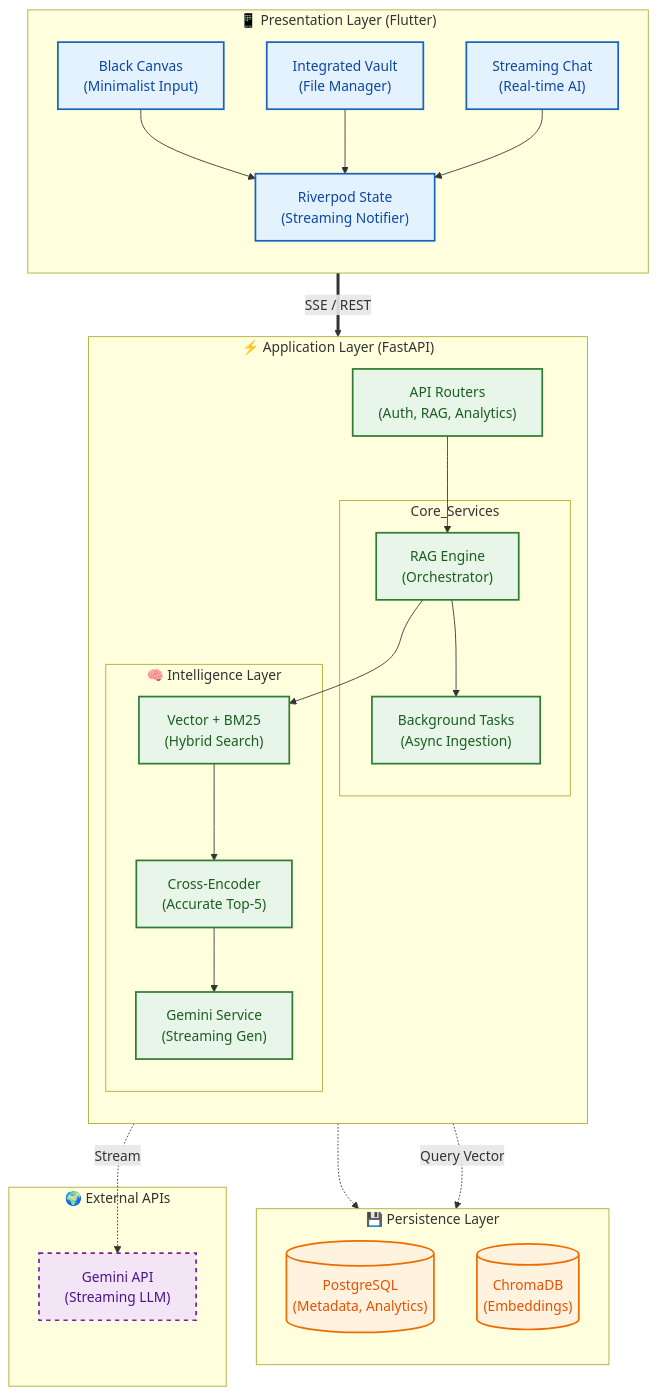
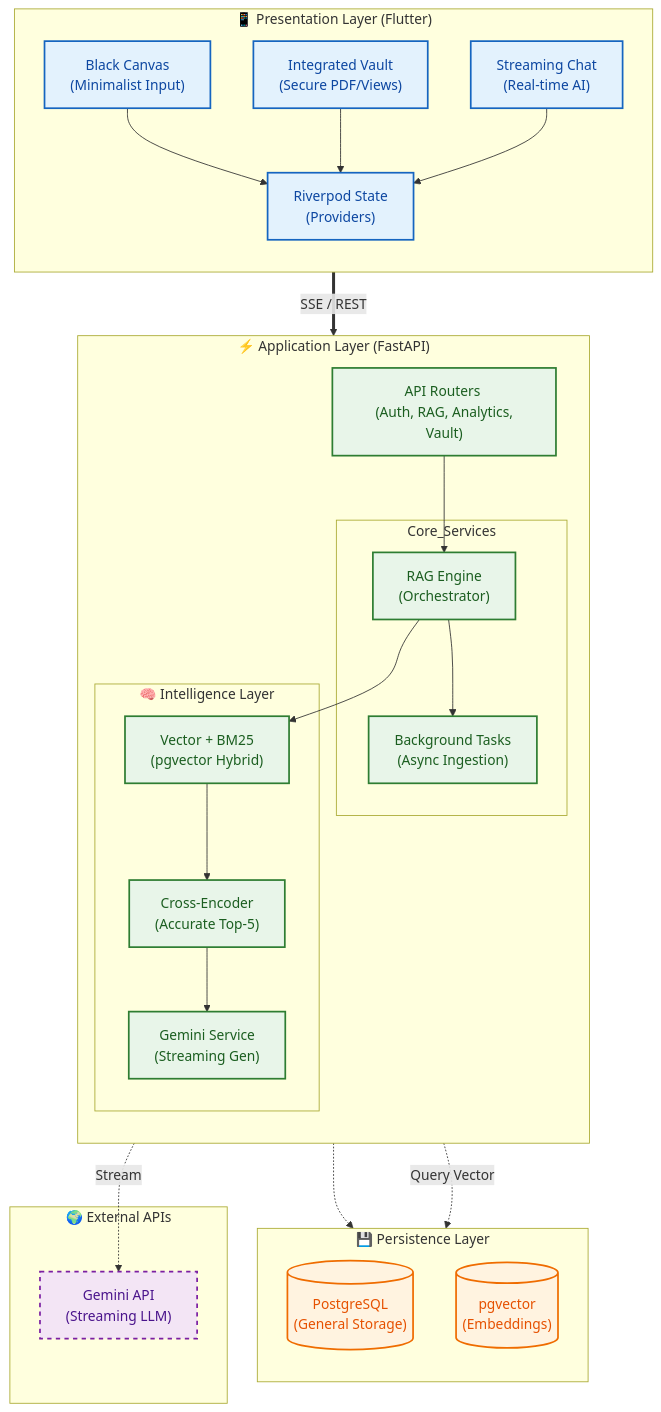
One commit to siddhant-debug/brain-dump changed the diagram in documentation/systemdesign.md. Above: the diagram before and after it, drawn with Mermaid. The commit also changed other lines of this file and 2 other files, not shown here.

````diff
--- a/documentation/systemdesign.md
+++ b/documentation/systemdesign.md
@@ -21,57 +21,57 @@
 ```mermaid
 graph TD
     %% --- STYLING ---
     classDef client fill:#E3F2FD,stroke:#1565C0,stroke-width:2px,color:#0D47A1;
     classDef server fill:#E8F5E9,stroke:#2E7D32,stroke-width:2px,color:#1B5E20;
     classDef data fill:#FFF3E0,stroke:#EF6C00,stroke-width:2px,color:#E65100;
     classDef ext fill:#F3E5F5,stroke:#7B1FA2,stroke-width:2px,color:#4A148C,stroke-dasharray: 5 5;
 
     %% --- TIER 1: CLIENT (FLUTTER) ---
     subgraph Client_Layer ["📱 Presentation Layer (Flutter)"]
         direction TB
         UI_Input["Black Canvas <br> (Minimalist Input)"]:::client
-        UI_Vault["Integrated Vault <br> (File Manager)"]:::client
+        UI_Vault["Integrated Vault <br> (Secure PDF/Views)"]:::client
         UI_Stream["Streaming Chat <br> (Real-time AI)"]:::client
-        State_Mgmt["Riverpod State <br> (Streaming Notifier)"]:::client
+        State_Mgmt["Riverpod State <br> (Providers)"]:::client
         UI_Input & UI_Vault & UI_Stream --> State_Mgmt
     end
 
     %% --- TIER 2: SERVER (FASTAPI) ---
     subgraph Server_Layer ["⚡ Application Layer (FastAPI)"]
         direction TB
-        API_Gateway["API Routers <br> (Auth, RAG, Analytics)"]:::server
+        API_Gateway["API Routers <br> (Auth, RAG, Analytics, Vault)"]:::server
         
         subgraph Core_Services
             Brain_Svc["RAG Engine <br> (Orchestrator)"]:::server
             Bkg_Tasks["Background Tasks <br> (Async Ingestion)"]:::server
         end
         
         subgraph AI_Services ["🧠 Intelligence Layer"]
-            Retriever["Vector + BM25 <br> (Hybrid Search)"]:::server
+            Retriever["Vector + BM25 <br> (pgvector Hybrid)"]:::server
             Reranker["Cross-Encoder <br> (Accurate Top-5)"]:::server
             LLM_Eng["Gemini Service <br> (Streaming Gen)"]:::server
         end
         
         API_Gateway --> Brain_Svc
         Brain_Svc --> Retriever --> Reranker --> LLM_Eng
         Brain_Svc --> Bkg_Tasks
     end
 
     %% --- TIER 3: DATA (PERSISTENCE) ---
     subgraph Data_Layer ["💾 Persistence Layer"]
         direction TB
-        DB_Meta[("PostgreSQL <br> (Metadata, Analytics)")]:::data
-        DB_Vector[("ChromaDB <br> (Embeddings)")]:::data
+        DB_Meta[("PostgreSQL <br> (General Storage)")]:::data
+        DB_Vector[("pgvector <br> (Embeddings)")]:::data
     end
 
     %% --- TIER 4: EXTERNAL (WORLD) ---
     subgraph External_Layer ["🌍 External APIs"]
         GMModels["Gemini API <br> (Streaming LLM)"]:::ext
     end
 
     %% --- DATA FLOWS ---
     State_Mgmt == "SSE / REST" ==> API_Gateway
     Bkg_Tasks -.-> DB_Vector
     Retriever -.->|"Query Vector"| DB_Vector
     LLM_Eng -.->|"Stream"| GMModels
 ```
````
